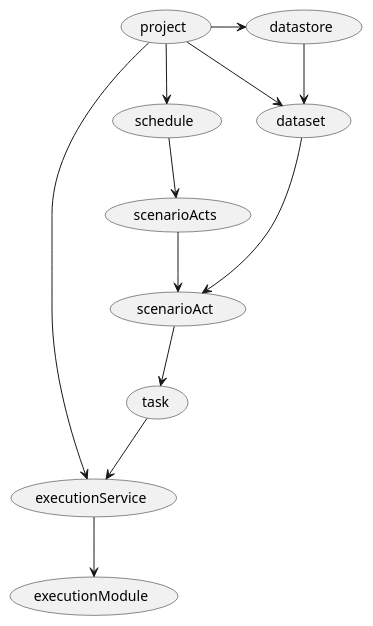
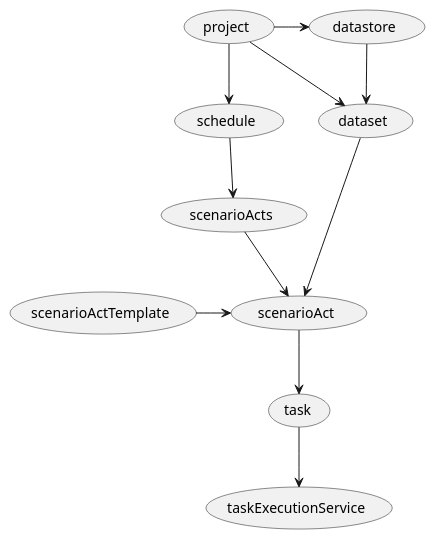
The diagram in doc/entities_design/logical_entities_dependency.puml (zaytsevdmitry/lakehouse), drawn with PlantUML before and after one commit. The commit also changed 51 other files, not shown here.

```diff
--- a/doc/entities_design/logical_entities_dependency.puml
+++ b/doc/entities_design/logical_entities_dependency.puml
@@ -1,13 +1,12 @@
 @startuml 
 (schedule) --> (scenarioActs)
 (scenarioActs) --> (scenarioAct)
+(scenarioActTemplate) -> (scenarioAct)
 (scenarioAct) --> (task)
-(task)-->(executionService)
-(executionService)-->(executionModule)
+(task)-->(taskExecutionService)
 (dataset) -> (scenarioAct)
 (datastore) --> (dataset)
 (project) -> (dataset)
 (project) --> (schedule)
 (project) -> (datastore)
-(project) --> (executionService)
 @enduml 
```
